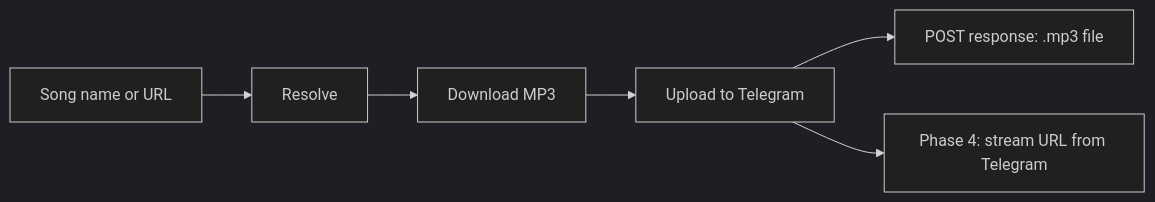
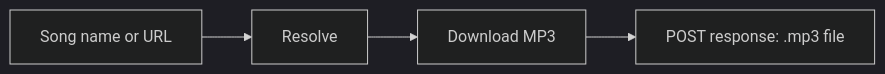
The diagram in docs/PHASE2.md (maharsh-tech/vynl-streaming), drawn with Mermaid (dark theme) before and after one commit. The commit also changed other lines of this file and 7 other files, not shown here.

Commit message:
revert: remove telegram from phase 2, return mp3 file directly

````diff
--- a/docs/PHASE2.md
+++ b/docs/PHASE2.md
@@ -20,8 +9,6 @@
 ```mermaid
 flowchart LR
     A[Song name or URL] --> B[Resolve]
     B --> C[Download MP3]
-    C --> D[Upload to Telegram]
-    D --> E["POST response: .mp3 file"]
-    D --> F["Phase 4: stream URL from Telegram"]
+    C --> D["POST response: .mp3 file"]
 ```
````
